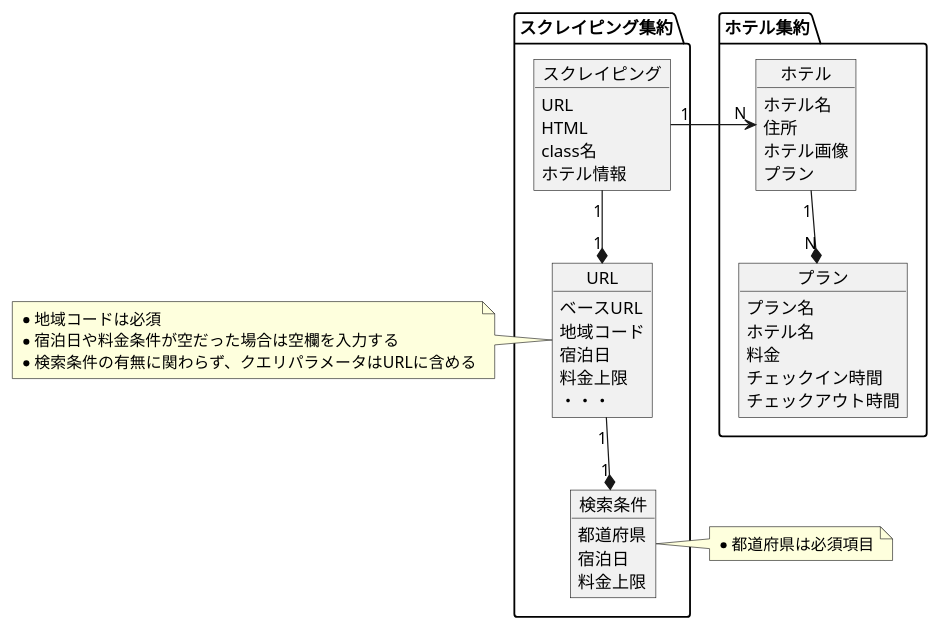
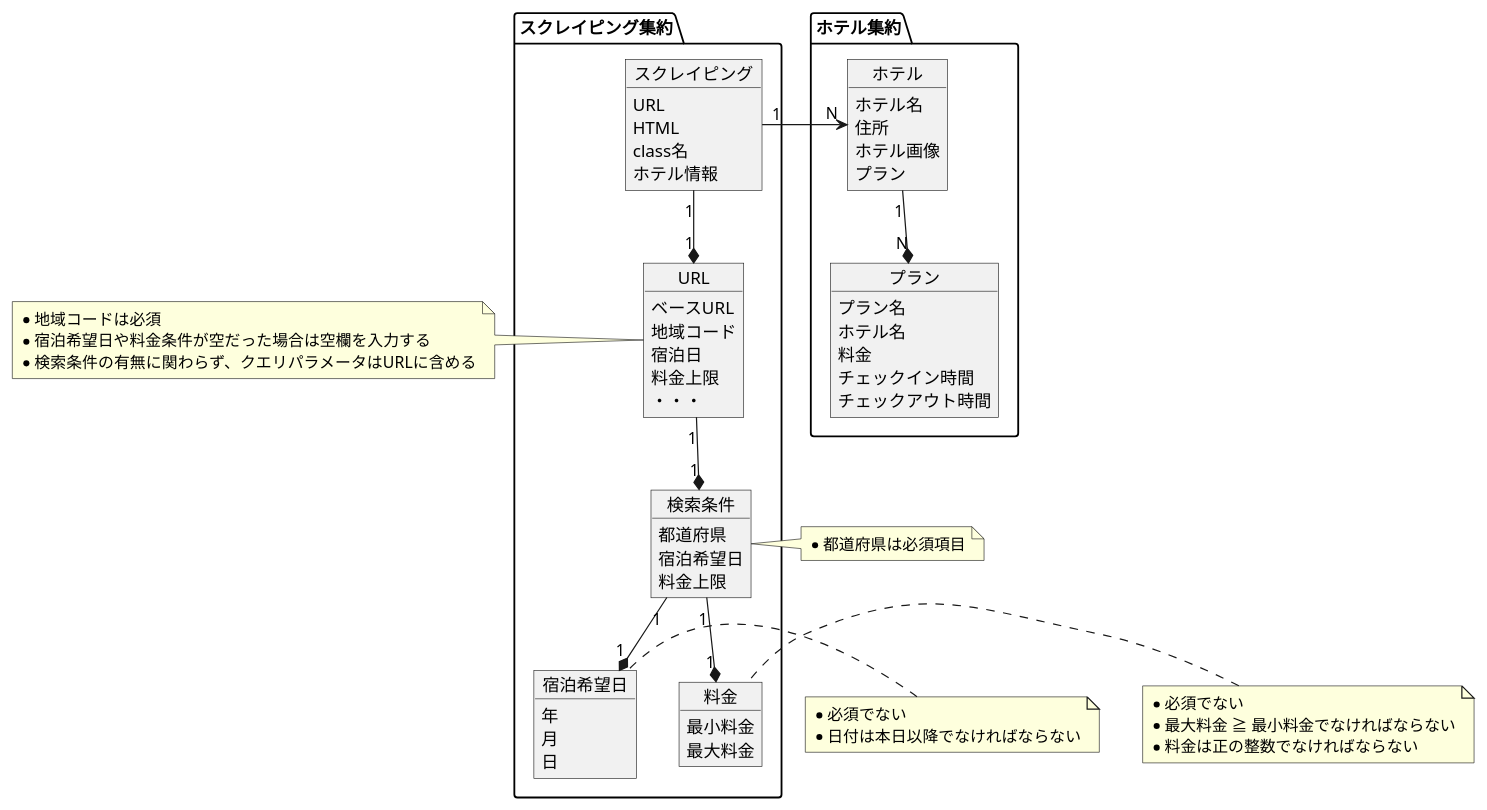
One commit to MoTaroh/late-checkout-scraping changed the diagram in docs/domain_model.pu. Above: the diagram before and after it, drawn with PlantUML.

Commit message:
料金と宿泊希望日を追加

```diff
--- a/docs/domain_model.pu
+++ b/docs/domain_model.pu
@@ -1,56 +1,78 @@
 @startuml Scraping
 
 package スクレイピング集約 {
     object スクレイピング {
         URL
         HTML
         class名
         ホテル情報
     }
     object URL {
         ベースURL
         地域コード
         宿泊日
         料金上限
         ・・・
     }
     object 検索条件 {
         都道府県
-        宿泊日
+        宿泊希望日
         料金上限
+    }
+    object 宿泊希望日 {
+        年
+        月
+        日
+    }
+    object 料金 {
+        最小料金
+        最大料金
     }
 }
 
 note left of URL
     * 地域コードは必須
-    * 宿泊日や料金条件が空だった場合は空欄を入力する
+    * 宿泊希望日や料金条件が空だった場合は空欄を入力する
     * 検索条件の有無に関わらず、クエリパラメータはURLに含める
 end note
 
 note left of 検索条件
     * 都道府県は必須項目
 end note
 
+note left of 宿泊希望日
+    * 必須でない
+    * 日付は本日以降でなければならない
+end note
+
+note left of 料金
+    * 必須でない
+    * 最大料金 ≧ 最小料金でなければならない
+    * 料金は正の整数でなければならない
+endnote
+
 スクレイピング "1" -down-* "1" URL
 URL "1" -down-* "1" 検索条件
+検索条件 "1" -down-* "1" 宿泊希望日
+検索条件 "1" -down-* "1" 料金
 
 package ホテル集約 {
     object ホテル {
         ホテル名
         住所
         ホテル画像
         プラン
     }
     object プラン {
         プラン名
         ホテル名
         料金
         チェックイン時間
         チェックアウト時間
     }
 }
 
 ホテル "1" -down-* "N" プラン
 スクレイピング "1" -right-> "N" ホテル
 
 @enduml
```
